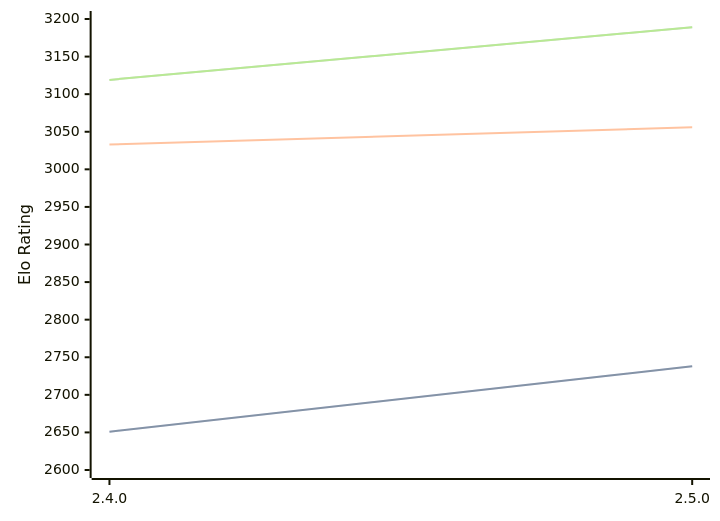
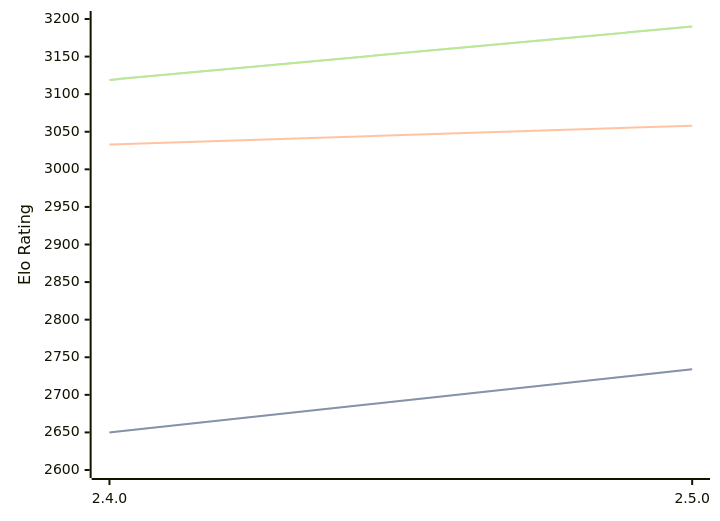
Before and after one commit to computer-chess-index/cci: the diagram in engines/Sturddle2.md, drawn with Mermaid. The commit also changed other lines of this file, not shown here.

Commit message:
Update CCI Ratings (ELO VLTC) - 2026-04-06

````diff
--- a/engines/Sturddle2.md
+++ b/engines/Sturddle2.md
@@ -37,11 +37,11 @@
 ```mermaid
 %%{init: {"theme":"base","themeVariables":{"seriesColors:['#a3a3a3','#222221','#faa371']}}}%%
 xychart-beta
   x-axis ["2.4.0", "2.5.0"]
   y-axis "Elo Rating" 2600 --> 3200
-  line "STC (8.0+0.08s)" [2651, 2738]
-  line "STC (8.0+0.08s)" [2651, 2738]
-  line "LTC (60.0+0.60s)" [3033, 3056]
-  line "VLTC (2m24s+1.12s)" [3119, 3189]
-  line "VLTC (2m24s+1.12s)" [3119, 3189]
+  line "STC (8.0+0.08s)" [2650, 2734]
+  line "STC (8.0+0.08s)" [2650, 2734]
+  line "LTC (60.0+0.60s)" [3033, 3058]
+  line "VLTC (2m24s+1.12s)" [3119, 3190]
+  line "VLTC (2m24s+1.12s)" [3119, 3190]
 ```
````
